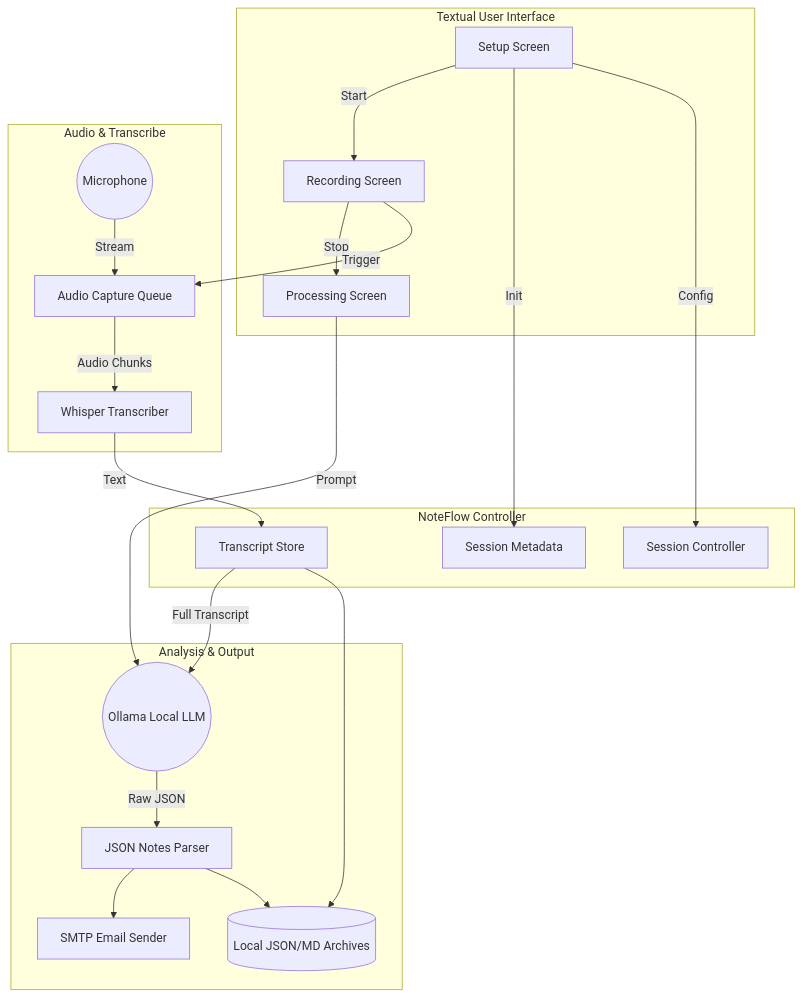
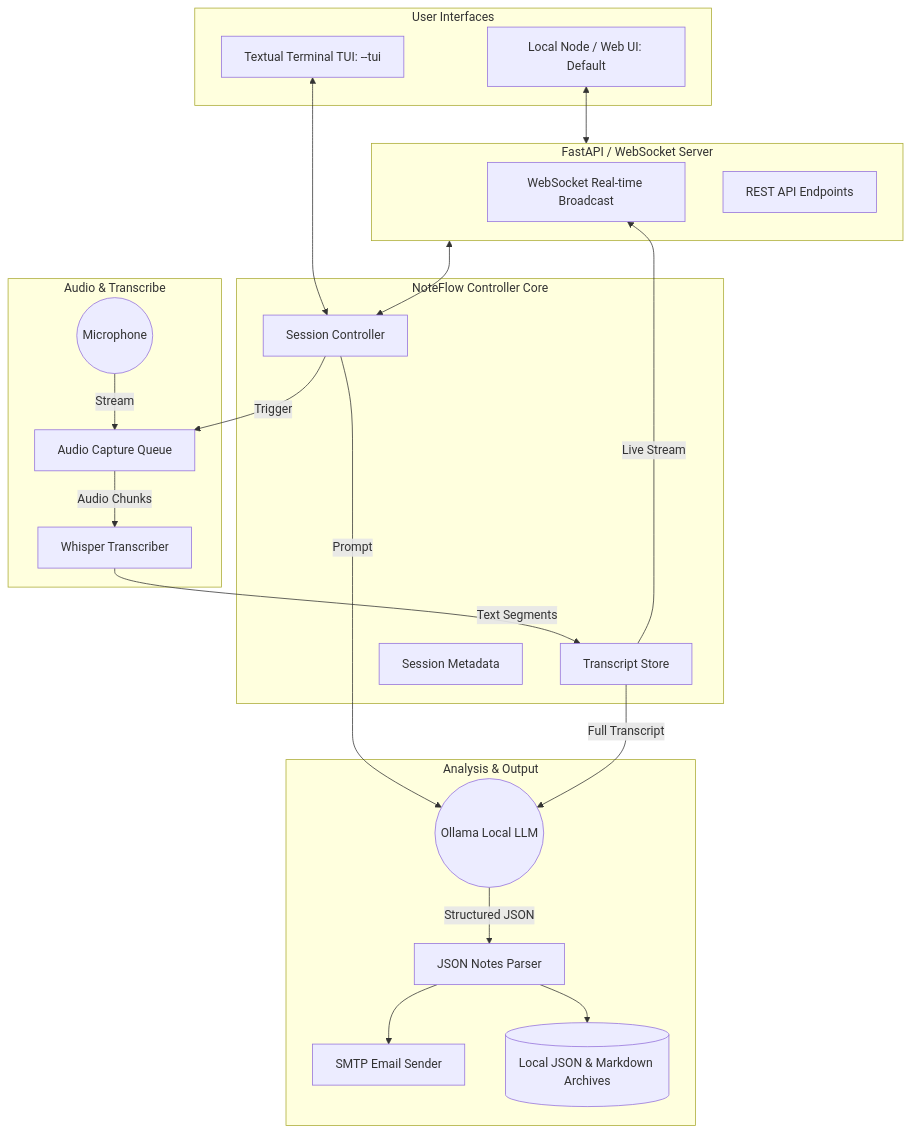
Before and after one commit to vachaspativ/NoteFlow: the diagram in README.md, drawn with Mermaid. The commit also changed other lines of this file and 39 other files, not shown here.

````diff
--- a/README.md
+++ b/README.md
@@ -13,39 +20,46 @@
 ```mermaid
 flowchart TD
-    subgraph TUI[Textual User Interface]
-        Setup[Setup Screen] -->|Start| Record[Recording Screen]
-        Record -->|Stop| Process[Processing Screen]
+    subgraph UI[User Interfaces]
+        WebUI[Local Node / Web UI: Default]
+        TUI[Textual Terminal TUI: --tui]
     end
 
-    subgraph Core[NoteFlow Controller]
+    subgraph Server[FastAPI / WebSocket Server]
+        WebSockets[WebSocket Real-time Broadcast]
+        REST[REST API Endpoints]
+    end
+
+    subgraph Core[NoteFlow Controller Core]
         Control[Session Controller]
         Store[Transcript Store]
         State[Session Metadata]
     end
 
     subgraph Capture[Audio & Transcribe]
         Mic((Microphone))
         Audio[Audio Capture Queue]
         Whisper[Whisper Transcriber]
     end
 
     subgraph LLM[Analysis & Output]
         Ollama((Ollama Local LLM))
         Notes[JSON Notes Parser]
         Email[SMTP Email Sender]
-        Disk[(Local JSON/MD Archives)]
+        Disk[(Local JSON & Markdown Archives)]
     end
 
-    Setup -->|Init| State
-    Setup -->|Config| Control
-    Record -->|Trigger| Audio
+    WebUI <--> Server
+    Server <--> Control
+    TUI <--> Control
+
+    Control -->|Trigger| Audio
     Mic -->|Stream| Audio
     Audio -->|Audio Chunks| Whisper
-    Whisper -->|Text| Store
-    Process -->|Prompt| Ollama
+    Whisper -->|Text Segments| Store
+    Store -->|Live Stream| WebSockets
+    Control -->|Prompt| Ollama
     Store -->|Full Transcript| Ollama
-    Ollama -->|Raw JSON| Notes
+    Ollama -->|Structured JSON| Notes
     Notes --> Email
     Notes --> Disk
-    Store --> Disk
 ```
````
